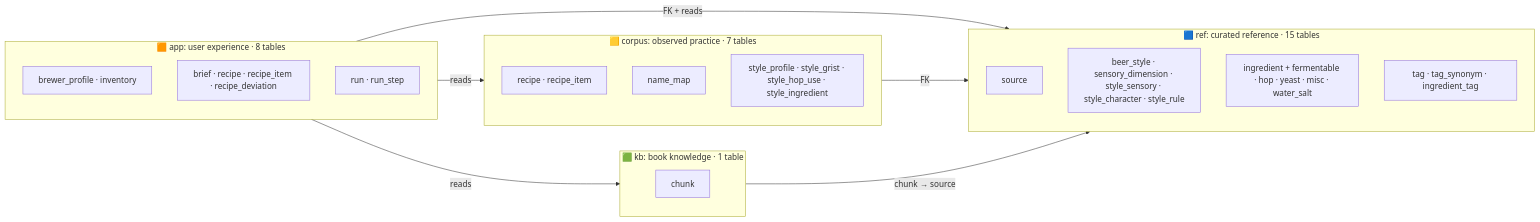
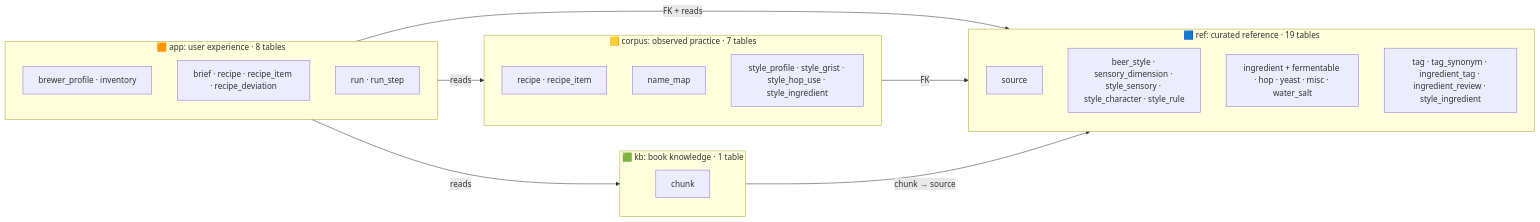
The first of 4 diagrams in docs/DATABASE.md (badacsonyigorenyember/homebrew_ai), drawn with Mermaid before and after one commit. The commit also changed other lines of this file and 3 other files, not shown here.

````diff
--- a/docs/DATABASE.md
+++ b/docs/DATABASE.md
@@ -33,31 +33,31 @@
 ```mermaid
 flowchart LR
-    subgraph REF["🟦 ref: curated reference · 15 tables"]
+    subgraph REF["🟦 ref: curated reference · 19 tables"]
       direction TB
       r1[source]
       r2[beer_style · sensory_dimension · style_sensory · style_character · style_rule]
       r3[ingredient + fermentable · hop · yeast · misc · water_salt]
-      r4[tag · tag_synonym · ingredient_tag]
+      r4[tag · tag_synonym · ingredient_tag · ingredient_review · style_ingredient]
     end
     subgraph CORP["🟨 corpus: observed practice · 7 tables"]
       direction TB
       c1[recipe · recipe_item]
       c2[name_map]
       c3[style_profile · style_grist · style_hop_use · style_ingredient]
     end
     subgraph KB["🟩 kb: book knowledge · 1 table"]
       direction TB
       k1[chunk]
     end
     subgraph APP["🟧 app: user experience · 8 tables"]
       direction TB
       a1[brewer_profile · inventory]
       a2[brief · recipe · recipe_item · recipe_deviation]
       a3[run · run_step]
     end
     APP -- "FK + reads" --> REF
     APP -- reads --> CORP
     APP -- reads --> KB
     CORP -- "FK" --> REF
     KB -- "chunk → source" --> REF
 ```
````
